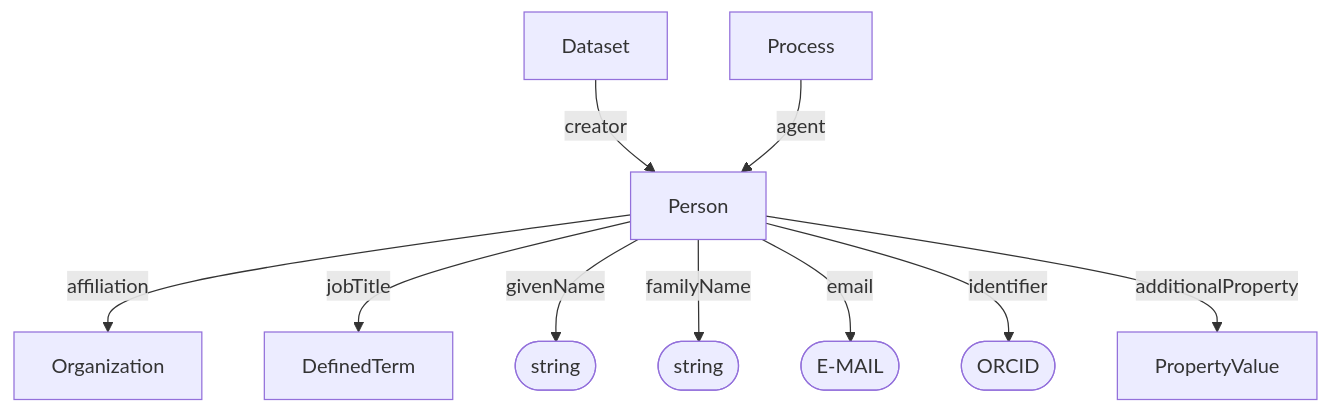
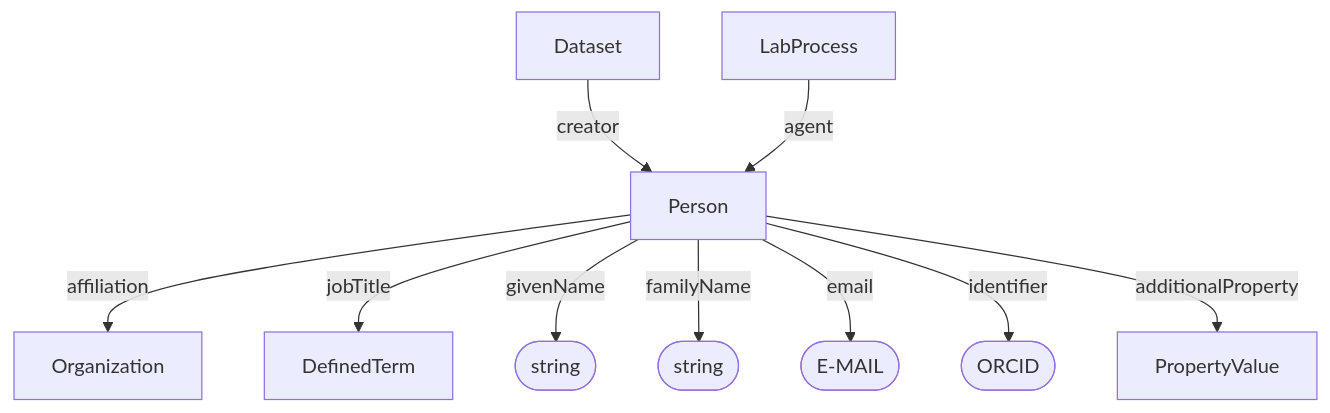
The diagram in spec/decorations/isa/Person.md (HLWeil/ProcessCore), drawn with Mermaid before and after one commit. The commit also changed 8 other files, not shown here.

````diff
--- a/spec/decorations/isa/Person.md
+++ b/spec/decorations/isa/Person.md
@@ -23,18 +23,18 @@
 ```mermaid
 flowchart TD
 
     gn@{ shape: stadium, label: "string" }
     fn@{ shape: stadium, label: "string" }
     e@{ shape: stadium, label: "E-MAIL" }
     i@{ shape: stadium, label: "ORCID" }
 
     Dataset --creator--> Person
-    Process --agent--> Person
+    LabProcess --agent--> Person
     Person --affiliation--> Organization
     Person --jobTitle--> DefinedTerm
     Person --givenName--> gn
     Person --familyName--> fn
     Person --email--> e
     Person --identifier--> i
     Person --additionalProperty--> PropertyValue
 ```
````
